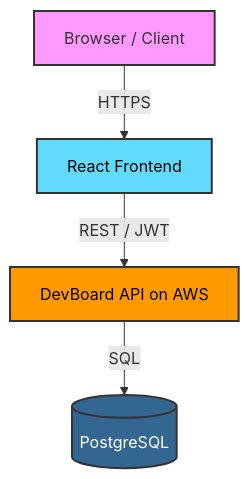
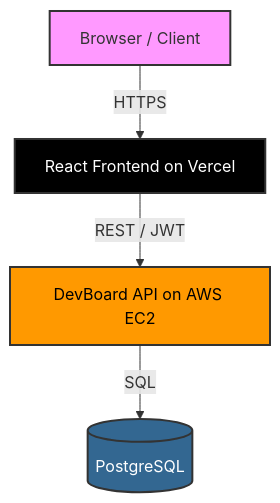
Before and after one commit to Deduv/mutum-frontend: the diagram in README.md, drawn with Mermaid. The commit also changed other lines of this file, not shown here.

````diff
--- a/README.md
+++ b/README.md
@@ -42,16 +59,16 @@
 ```mermaid
 graph TD
-    Browser[Browser / Client] --> |HTTPS| Frontend[React Frontend]
-    Frontend --> |REST / JWT| API[DevBoard API on AWS]
+    Browser[Browser / Client] --> |HTTPS| Frontend[React Frontend on Vercel]
+    Frontend --> |REST / JWT| API[DevBoard API on AWS EC2]
     API --> |SQL| Database[(PostgreSQL)]
     
     classDef client fill:#f9f,stroke:#333,stroke-width:2px;
-    classDef react fill:#61DAFB,stroke:#333,stroke-width:2px,color:#000;
+    classDef react fill:#000000,stroke:#333,stroke-width:2px,color:#fff;
     classDef api fill:#FF9900,stroke:#333,stroke-width:2px,color:#000;
     classDef db fill:#336791,stroke:#333,stroke-width:2px,color:#fff;
     
     class Browser client;
     class Frontend react;
     class API api;
     class Database db;
 ```
````
